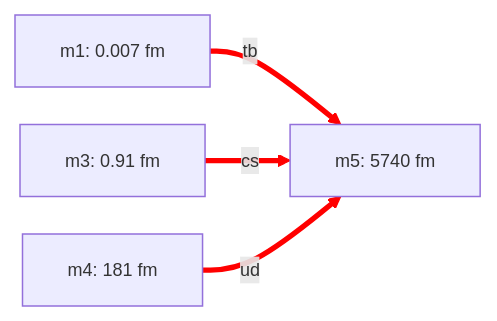
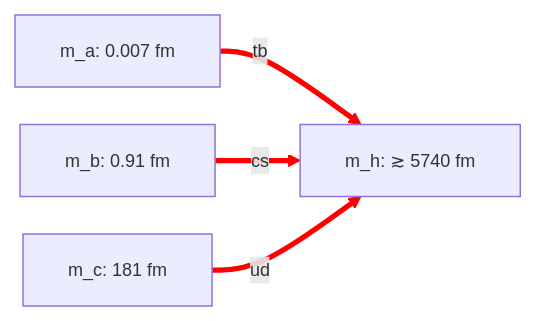
Before and after one commit to gotchoices/forma: the second of 2 diagrams in projects/ma-domain/work/quark-configs.md, drawn with Mermaid. The commit also changed other lines of this file and 2 other files, not shown here.

````diff
--- a/projects/ma-domain/work/quark-configs.md
+++ b/projects/ma-domain/work/quark-configs.md
@@ -64,14 +66,14 @@
 ```mermaid
 %%{init: { "flowchart": { "nodeSpacing": 25, "rankSpacing": 40, "curve": "basis" }, "themeVariables": { "fontSize": "12px" } } }%%
 graph LR
-    m1[m1: 0.007 fm]
-    m3[m3: 0.91 fm]
-    m4[m4: 181 fm]
-    m5[m5: 5740 fm]
+    ma[m_a: 0.007 fm]
+    mb[m_b: 0.91 fm]
+    mc[m_c: 181 fm]
+    mh[m_h: ≳ 5740 fm]
 
-    %% --- quark sector (red, ring→tube into the hub m5) ---
-    m1 ==>|tb| m5
-    m3 ==>|cs| m5
-    m4 ==>|ud| m5
+    %% --- quark sector (red, ring→tube into the hub m_h) ---
+    ma ==>|tb| mh
+    mb ==>|cs| mh
+    mc ==>|ud| mh
     linkStyle 0,1,2 stroke:red
 ```
````
